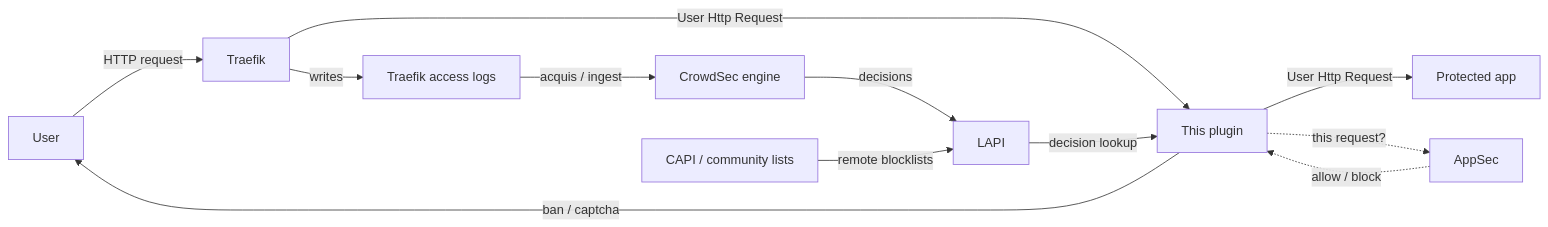
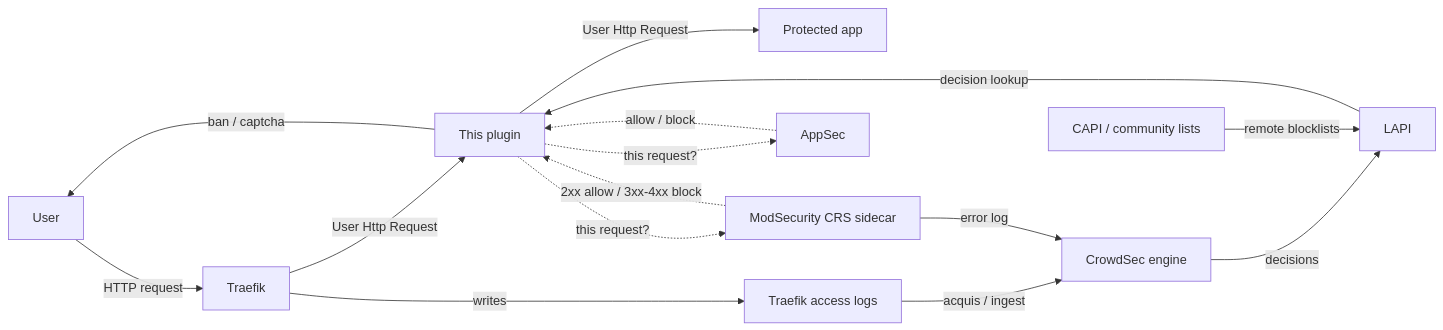
The first of 4 diagrams in README.md (david-garcia-garcia/crowdsec-bouncer-traefik-plugin), drawn with Mermaid before and after one commit. The commit also changed other lines of this file and 165 other files, not shown here.

First line of the commit message:
✨ feat(bouncer): add ModSecurity as a fourth bouncer leg, a backoff gate for both WAFs, real e2e, and README setup guide (#190)

````diff
--- a/README.md
+++ b/README.md
@@ -70,24 +71,28 @@
 ```mermaid
 flowchart LR
   User["User"]
   Traefik["Traefik"]
   Plugin["This plugin"]
   Origin["Protected app"]
   Logs["Traefik access logs"]
   Engine["CrowdSec engine"]
   LAPI["LAPI"]
   CAPI["CAPI / community lists"]
   AppSec["AppSec"]
+  ModSec["ModSecurity CRS sidecar"]
 
   User -->|"HTTP request"| Traefik
   Traefik -->|"User Http Request"| Plugin
   Plugin -->|"User Http Request"| Origin
   Plugin -->|"ban / captcha"| User
   Traefik -->|"writes"| Logs
   Logs -->|"acquis / ingest"| Engine
   Engine -->|"decisions"| LAPI
   CAPI -->|"remote blocklists"| LAPI
   LAPI -->|"decision lookup"| Plugin
   Plugin -.->|"this request?"| AppSec
   AppSec -.->|"allow / block"| Plugin
+  Plugin -.->|"this request?"| ModSec
+  ModSec -.->|"2xx allow / 3xx-4xx block"| Plugin
+  ModSec -->|"error log"| Engine
 ```
````
